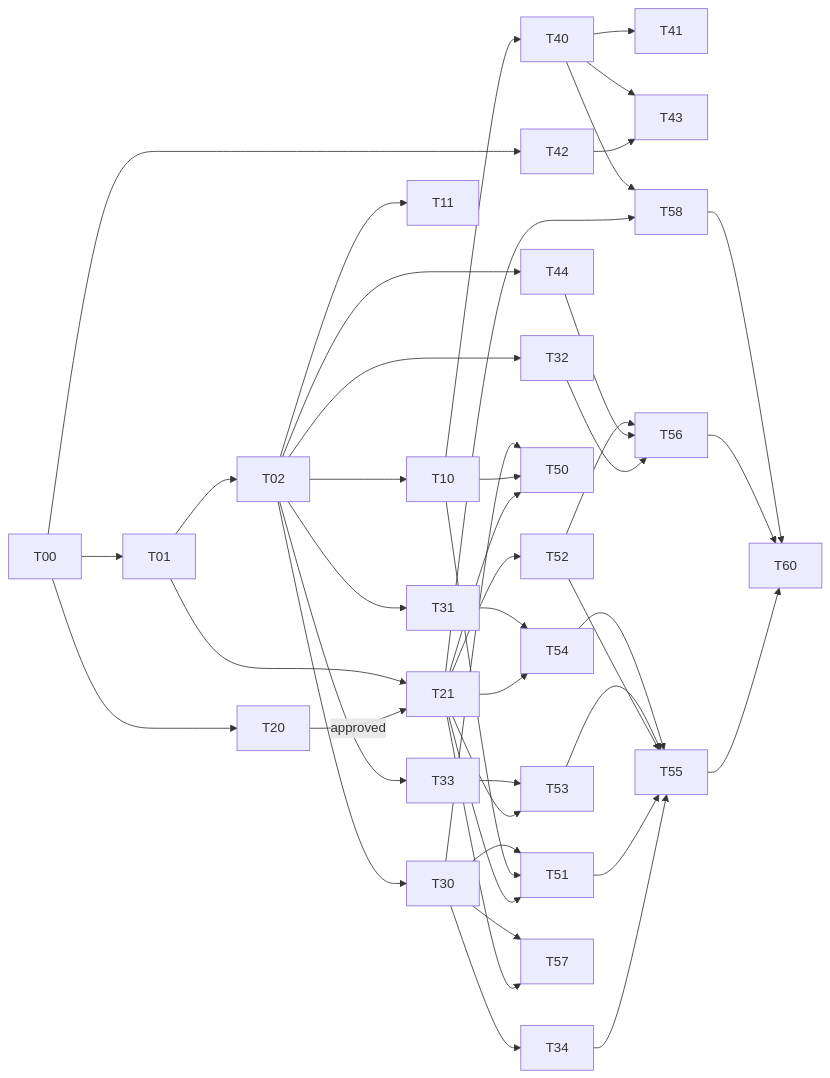
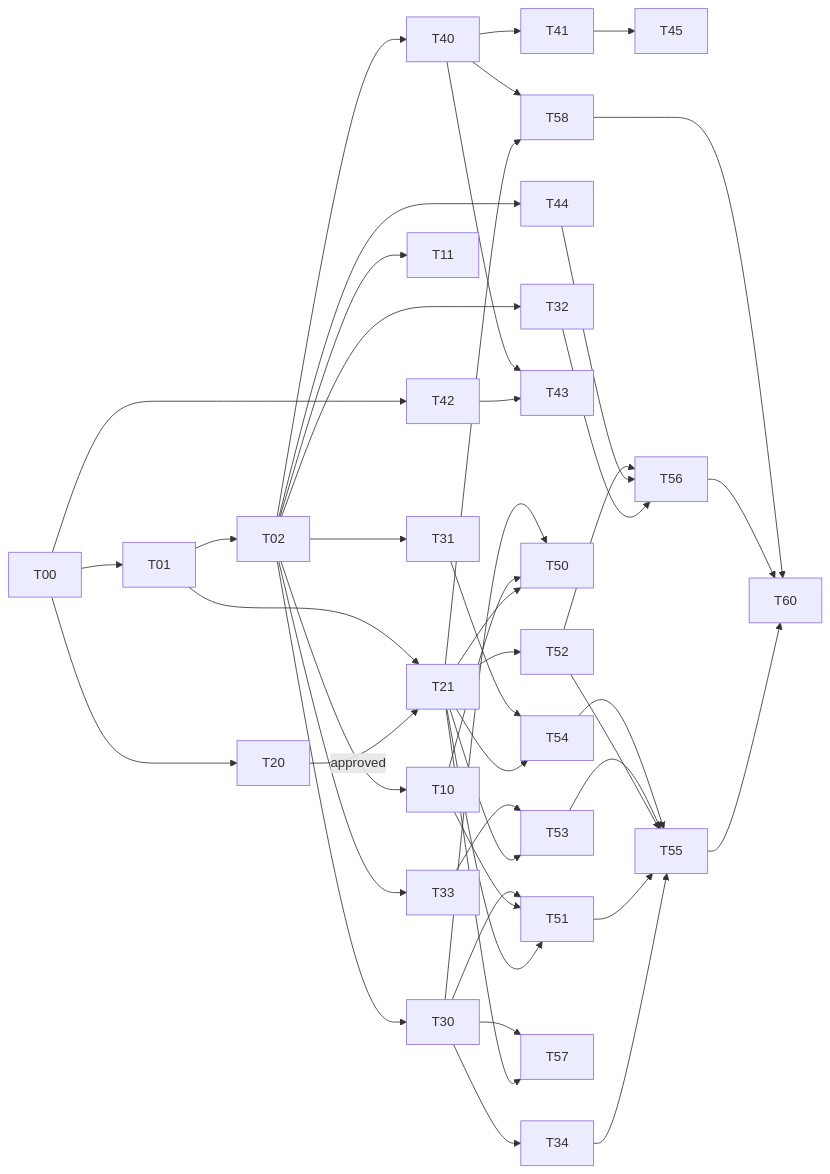
The diagram in docs/TASKS.md (xferguson/300TangTangles), drawn with Mermaid before and after one commit. The commit also changed other lines of this file and 1 other file, not shown here.

````diff
--- a/docs/TASKS.md
+++ b/docs/TASKS.md
@@ -12,22 +12,22 @@
 ```mermaid
 graph LR
   T00 --> T01 --> T02
   T00 --> T20
   T00 --> T42
   T02 --> T10 & T11 & T30 & T31 & T32 & T33 & T44
   T20 -- approved --> T21
   T01 --> T21
   T30 --> T34
-  T10 --> T40 --> T41
+  T02 --> T40 --> T41 --> T45
   T42 --> T43
   T40 --> T43
   T21 --> T50 & T51 & T52 & T53 & T54 & T57 & T58
   T10 --> T50 & T51
   T30 --> T50 & T51 & T57
   T33 --> T53
   T31 --> T54
   T40 --> T58
   T34 & T51 & T52 & T53 & T54 --> T55
   T32 & T44 & T52 --> T56
   T55 & T56 & T58 --> T60
 ```
````
